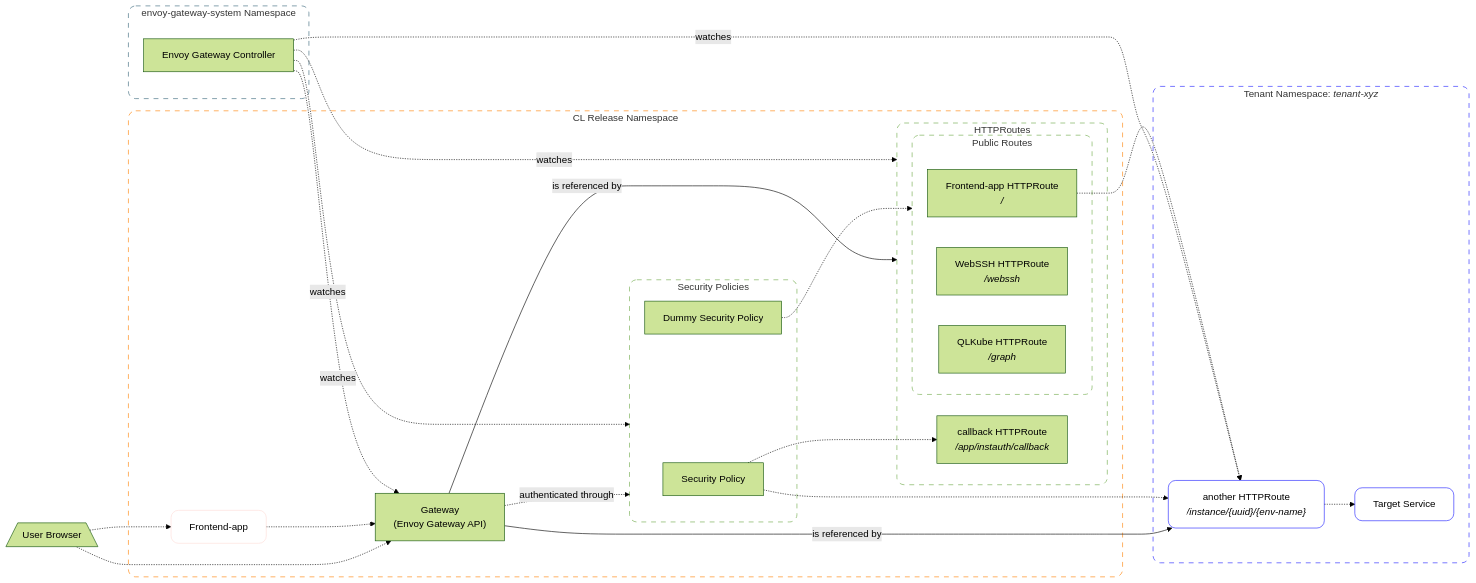
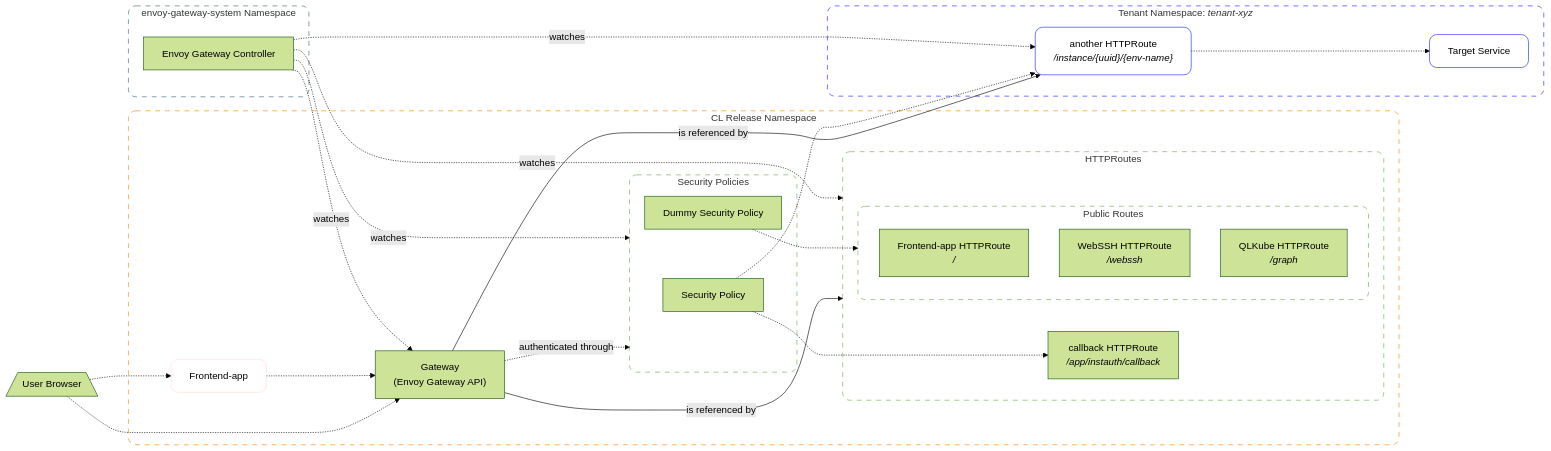
Before and after one commit to netgroup-polito/CrownLabs: the second of 2 diagrams in deploy/crownlabs/docs/gateway-architecture-and-routing.md, drawn with Mermaid (forest theme).

Commit message:
removed useless arrow for gapi

````diff
--- a/deploy/crownlabs/docs/gateway-architecture-and-routing.md
+++ b/deploy/crownlabs/docs/gateway-architecture-and-routing.md
@@ -81,67 +81,66 @@
 ```mermaid
 flowchart LR
 
 User@{shape: trap-b, label: "User Browser"}
 
 subgraph ReleaseNS["CL Release Namespace"]
     Gateway["`Gateway
         (Envoy Gateway API)`"]
     FrontendApp["Frontend-app"]:::FrontendStyle
 
     subgraph SecPols["Security Policies"]
         SecPolG["Security Policy"]
         SecPolDummy["Dummy Security Policy"]
     end
 
     subgraph Routes["HTTPRoutes"]
         CallbackRoute["`callback HTTPRoute
             _/app/instauth/callback_`"]
         subgraph PublicRoutes["Public Routes"]
             FrontendRoute["`Frontend-app HTTPRoute
                 _/_`"]
             WebSSHRoute["`WebSSH HTTPRoute
                 _/webssh_`"]
             QLKubeRoute["`QLKube HTTPRoute
                 _/graph_`"]
         end
     end
 end
 subgraph EnvoyNS["`envoy-gateway-system Namespace`"]
     EnvoyGatewayController["Envoy Gateway Controller"]
 end
 subgraph TenantNS["`Tenant Namespace: _tenant-xyz_`"]
     OtherRoute["`another HTTPRoute
         _/instance/{uuid}/{env-name}_`"]
     TargetService["Target Service"]
 end
 
 User .-> FrontendApp
 User .-> Gateway
 FrontendApp .-> Gateway
 Gateway -- is referenced by --> Routes
 Gateway -- is referenced by --> OtherRoute
 Gateway -. authenticated through .-> SecPols
 SecPolG .-> CallbackRoute
 SecPolG .-> OtherRoute
 SecPolDummy .-> PublicRoutes
 
 EnvoyGatewayController -. watches .-> Gateway
 EnvoyGatewayController -. watches .-> Routes
 EnvoyGatewayController -. watches .-> SecPols
 EnvoyGatewayController -. watches .-> OtherRoute
-FrontendRoute -.-> OtherRoute
 OtherRoute -.-> TargetService
 
 classDef ReleaseNSStyle stroke:#FF8000,rx:12,ry:12,fill:none,stroke-dasharray:8
 classDef EnvoyNSStyle stroke:#38677B,rx:12,ry:12,fill:none,stroke-dasharray:8
 classDef TenantNSStyle stroke:#2222FF,rx:12,ry:12,fill:none,stroke-dasharray:8
 classDef GenericDomainStyle fill:none,rx:12,ry:12,stroke-dasharray:8
 classDef TenantStyle stroke:#2222FF,rx:12,ry:12,fill:none
 classDef FrontendStyle stroke:#FDDCD7,rx:12,ry:12,fill:none
 
 class ReleaseNS ReleaseNSStyle
 class EnvoyNS EnvoyNSStyle
 class TenantNS TenantNSStyle
 class Routes,PublicRoutes,SecPols GenericDomainStyle
 class OtherRoute,TargetService TenantStyle
 ```
````
